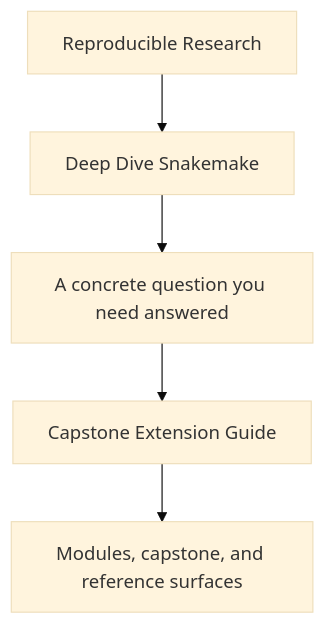
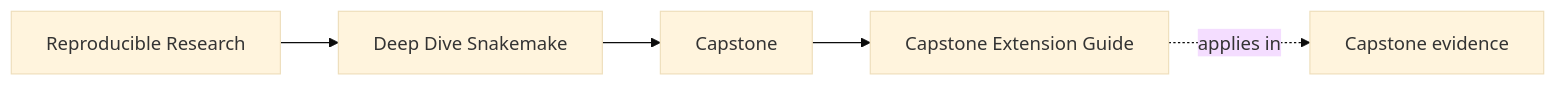
The first of 2 diagrams in programs/reproducible-research/deep-dive-snakemake/course-book/capstone/capstone-extension-guide.md (bijux/bijux-masterclass), drawn with Mermaid (base theme) before and after one commit. The commit also changed other lines of this file and 149 other files, not shown here.

Commit message:
docs(deep-dive-snakemake): map workflow proof and operations surfaces

````diff
--- a/programs/reproducible-research/deep-dive-snakemake/course-book/capstone/capstone-extension-guide.md
+++ b/programs/reproducible-research/deep-dive-snakemake/course-book/capstone/capstone-extension-guide.md
@@ -7,7 +7,11 @@
 ```mermaid
-flowchart TD
-  family["Reproducible Research"] --> program["Deep Dive Snakemake"]
-  program --> pressure["A concrete question you need answered"]
-  pressure --> guide["Capstone Extension Guide"]
-  guide --> next["Modules, capstone, and reference surfaces"]
+graph LR
+  family["Reproducible Research"]
+  program["Deep Dive Snakemake"]
+  section["Capstone"]
+  page["Capstone Extension Guide"]
+  capstone["Capstone evidence"]
+
+  family --> program --> section --> page
+  page -.applies in.-> capstone
 ```
````
